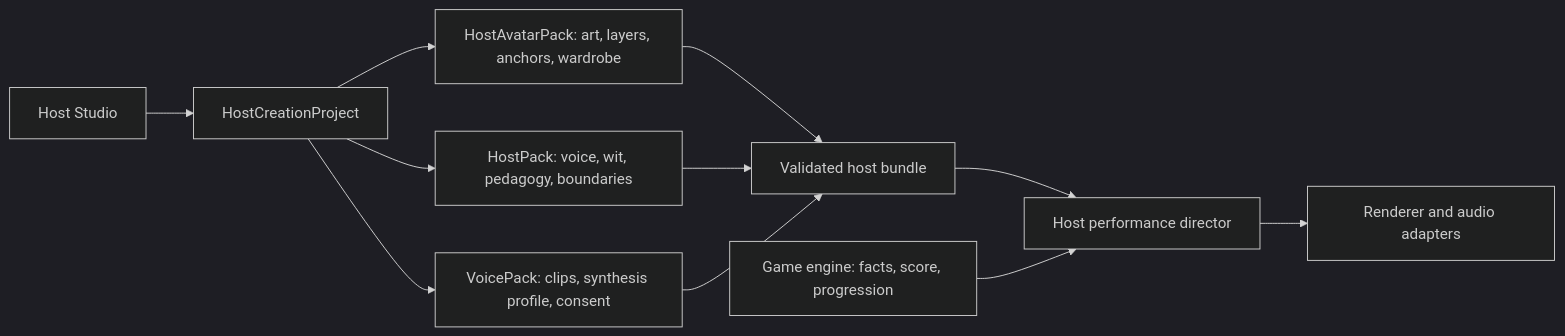
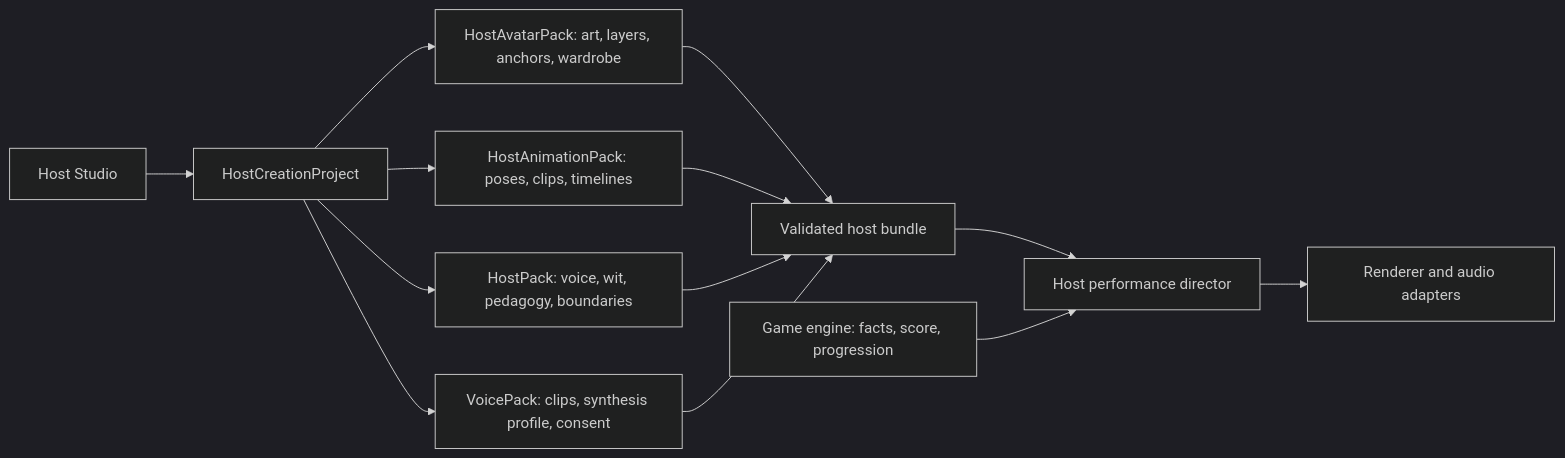
Before and after one commit to AlexBaldman/Jeopardish: the diagram in docs/HOST_STUDIO_ARCHITECTURE.md, drawn with Mermaid (dark theme). The commit also changed other lines of this file and 53 other files, not shown here.

````diff
--- a/docs/HOST_STUDIO_ARCHITECTURE.md
+++ b/docs/HOST_STUDIO_ARCHITECTURE.md
@@ -35,13 +39,15 @@
 ```mermaid
 flowchart LR
     Studio["Host Studio"] --> Project["HostCreationProject"]
     Project --> Avatar["HostAvatarPack: art, layers, anchors, wardrobe"]
+    Project --> Motion["HostAnimationPack: poses, clips, timelines"]
     Project --> Persona["HostPack: voice, wit, pedagogy, boundaries"]
     Project --> Voice["VoicePack: clips, synthesis profile, consent"]
     Avatar --> Export["Validated host bundle"]
+    Motion --> Export
     Persona --> Export
     Voice --> Export
     Export --> Director["Host performance director"]
     Engine["Game engine: facts, score, progression"] --> Director
     Director --> Renderer["Renderer and audio adapters"]
 ```
````
